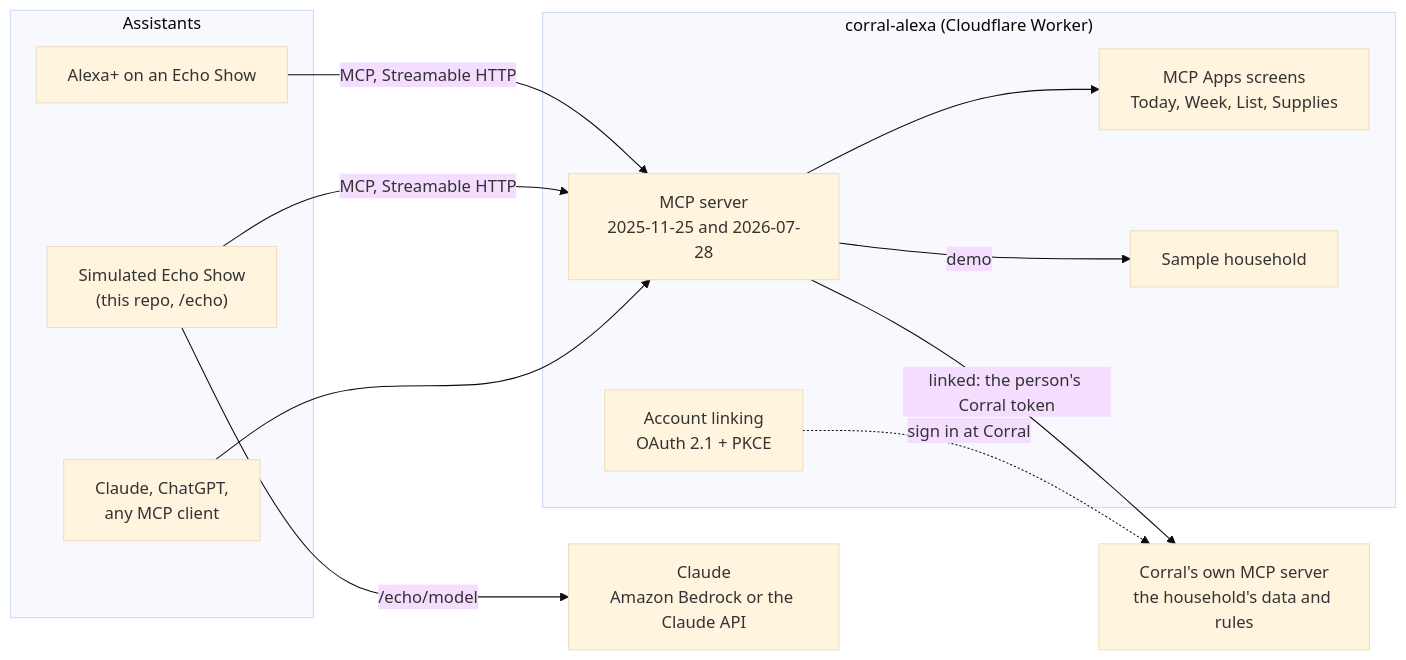
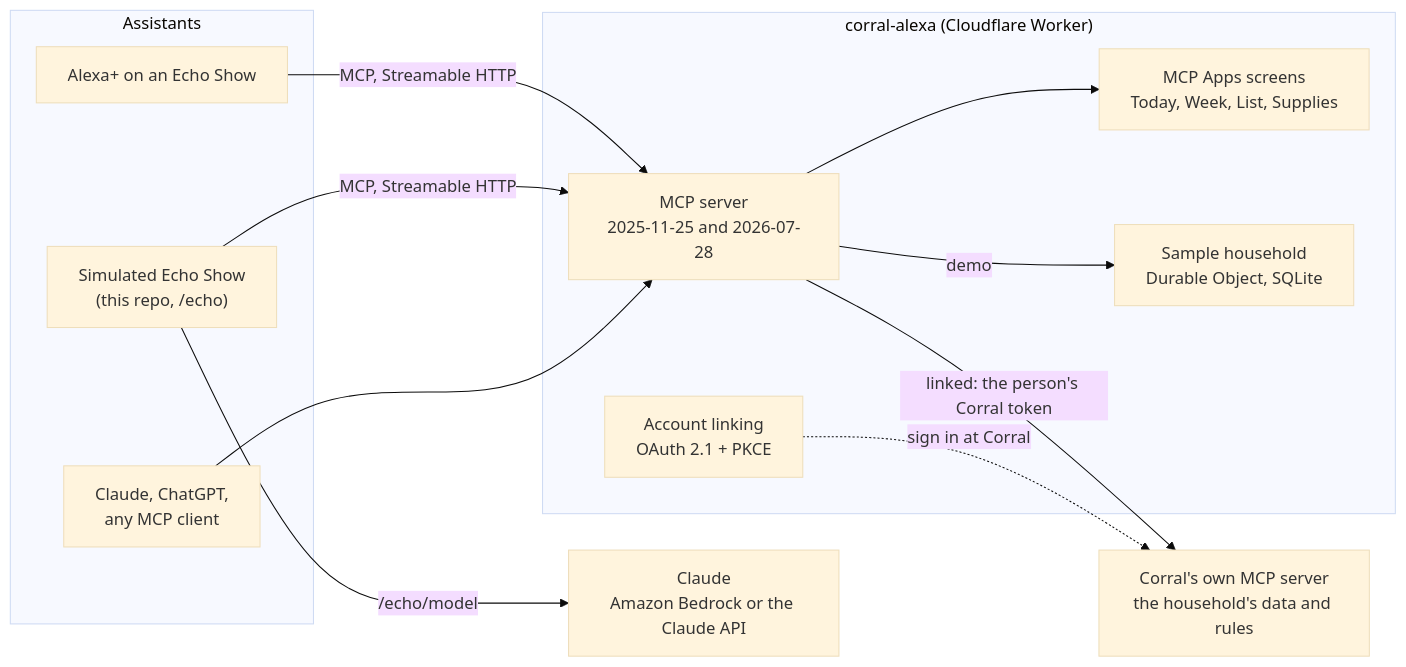
Before and after one commit to NMooreCo/corral-alexa: the diagram in README.md, drawn with Mermaid (base theme). The commit also changed other lines of this file and 1 other file, not shown here.

````diff
--- a/README.md
+++ b/README.md
@@ -27,24 +29,24 @@
 ```mermaid
 flowchart LR
   subgraph Assistants
     A["Alexa+ on an Echo Show"]
     S["Simulated Echo Show<br/>(this repo, /echo)"]
     O["Claude, ChatGPT,<br/>any MCP client"]
   end
   subgraph Bridge["corral-alexa (Cloudflare Worker)"]
     M["MCP server<br/>2025-11-25 and 2026-07-28"]
     U["MCP Apps screens<br/>Today, Week, List, Supplies"]
     L["Account linking<br/>OAuth 2.1 + PKCE"]
-    P["Sample household"]
+    P["Sample household<br/>Durable Object, SQLite"]
   end
   B["Claude<br/>Amazon Bedrock or the Claude API"]
   C["Corral's own MCP server<br/>the household's data and rules"]
   A -- "MCP, Streamable HTTP" --> M
   S -- "MCP, Streamable HTTP" --> M
   O --> M
   S -- "/echo/model" --> B
   M --> U
   M -- "linked: the person's Corral token" --> C
   M -- "demo" --> P
   L -. "sign in at Corral" .-> C
 ```
````
